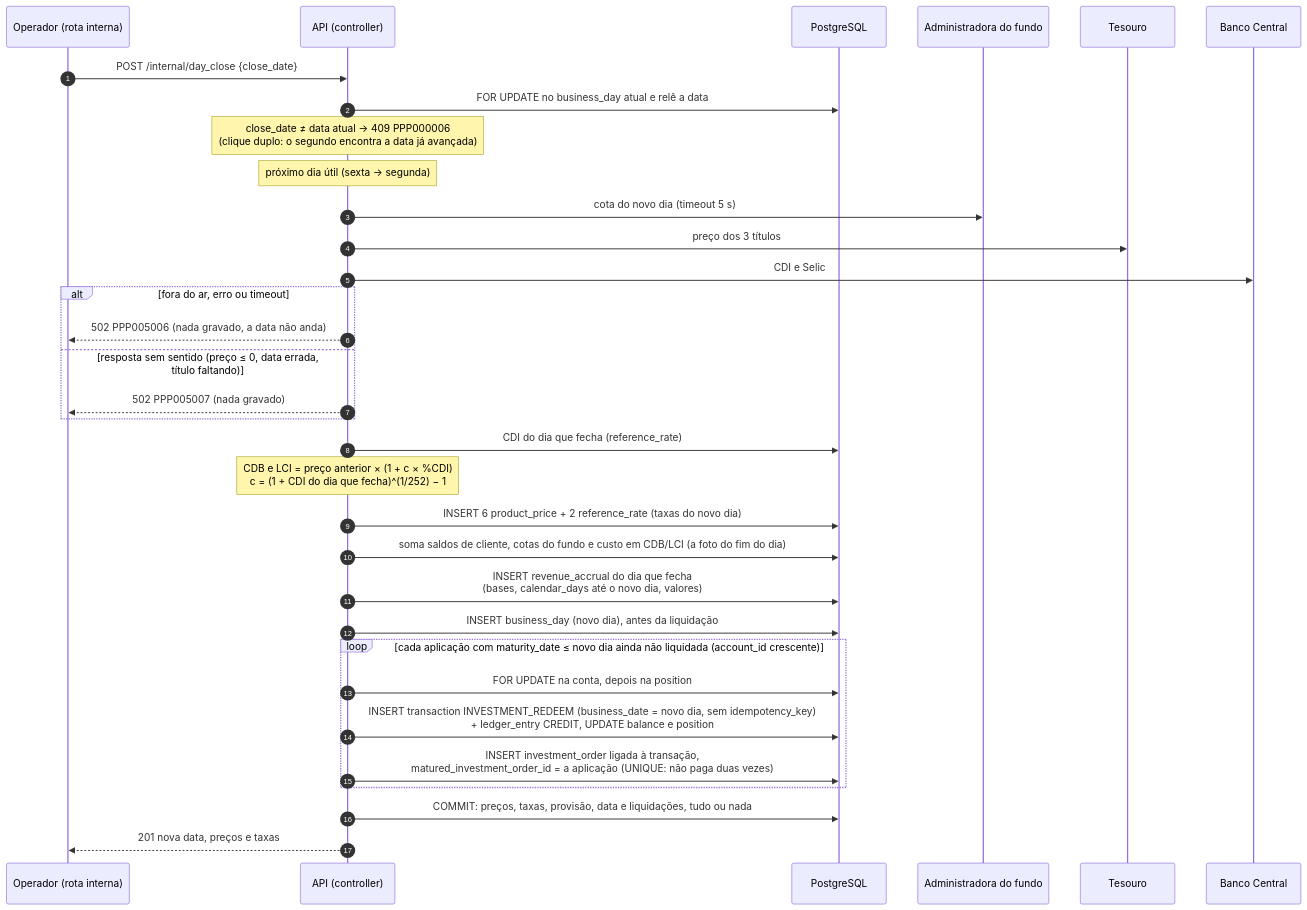
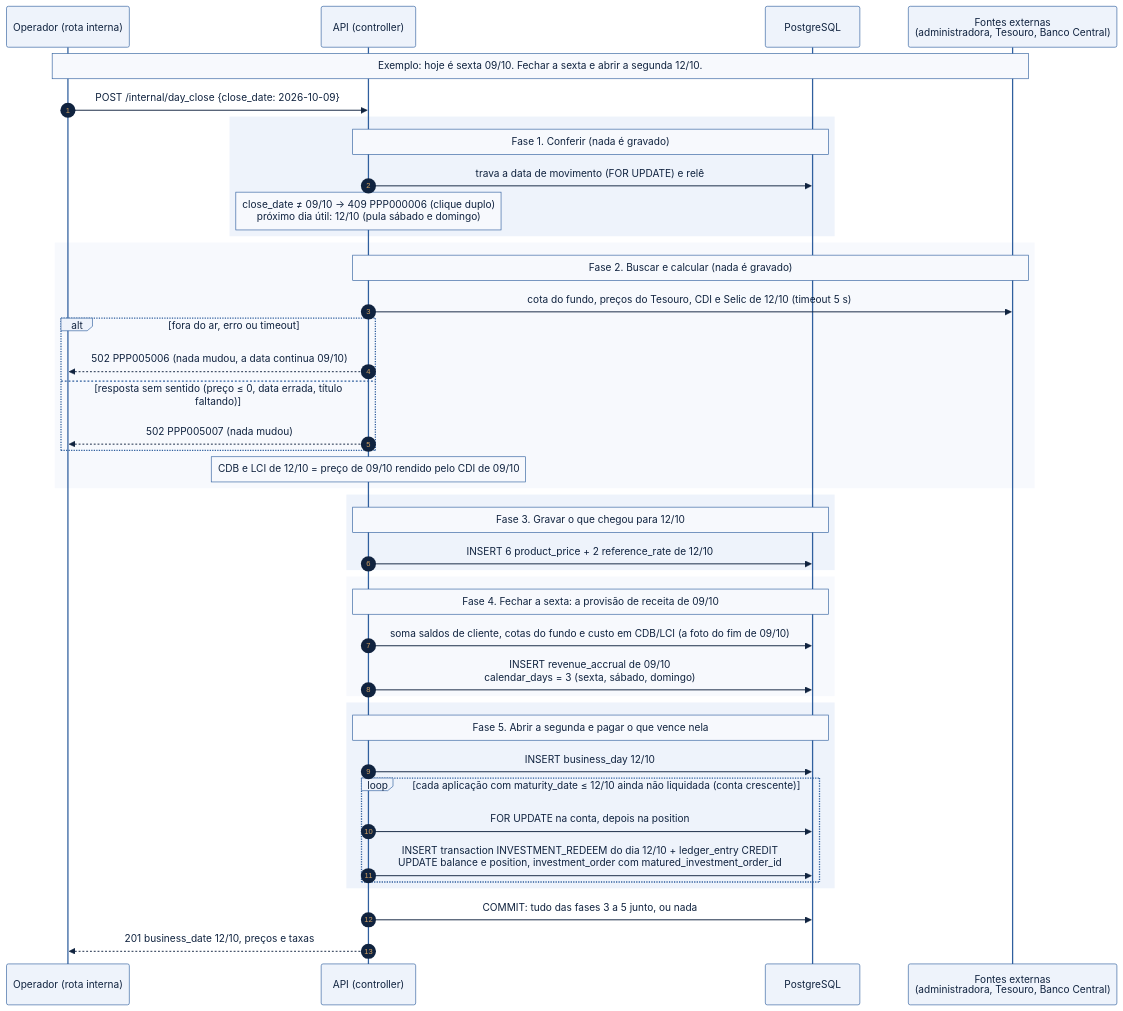
Before and after one commit to heluylucas/bootcamp-qi-tech-presidas-: the diagram in docs/diagramas/fechamento-do-dia.mmd, drawn with Mermaid. The commit also changed 18 other files, not shown here.

Commit message:
:hammer: update: diagrams-blue-theme-&-enum-notation

```diff
--- a/docs/diagramas/fechamento-do-dia.mmd
+++ b/docs/diagramas/fechamento-do-dia.mmd
@@ -1,34 +1,63 @@
+---
+config:
+  theme: base
+  themeVariables:
+    primaryColor: "#eef3fb"
+    primaryBorderColor: "#2f5f9e"
+    primaryTextColor: "#10233f"
+    lineColor: "#2f5f9e"
+    secondaryColor: "#f7f9fd"
+    tertiaryColor: "#ffffff"
+    noteBkgColor: "#f7f9fd"
+    noteBorderColor: "#2f5f9e"
+    noteTextColor: "#10233f"
+---
 sequenceDiagram
     autonumber
     participant O as Operador (rota interna)
     participant API as API (controller)
     participant DB as PostgreSQL
-    participant F as Administradora do fundo
-    participant T as Tesouro
-    participant BC as Banco Central
+    participant Fora as Fontes externas<br/>(administradora, Tesouro, Banco Central)
 
-    O->>API: POST /internal/day_close {close_date}
-    API->>DB: FOR UPDATE no business_day atual e relê a data
-    Note over API: close_date ≠ data atual → 409 PPP000006<br/>(clique duplo: o segundo encontra a data já avançada)
-    Note over API: próximo dia útil (sexta → segunda)
-    API->>F: cota do novo dia (timeout 5 s)
-    API->>T: preço dos 3 títulos
-    API->>BC: CDI e Selic
-    alt fora do ar, erro ou timeout
-        API-->>O: 502 PPP005006 (nada gravado, a data não anda)
-    else resposta sem sentido (preço ≤ 0, data errada, título faltando)
-        API-->>O: 502 PPP005007 (nada gravado)
+    Note over O,Fora: Exemplo: hoje é sexta 09/10. Fechar a sexta e abrir a segunda 12/10.
+    O->>API: POST /internal/day_close {close_date: 2026-10-09}
+
+    rect rgb(238, 243, 251)
+        Note over API,DB: Fase 1. Conferir (nada é gravado)
+        API->>DB: trava a data de movimento (FOR UPDATE) e relê
+        Note over API: close_date ≠ 09/10 → 409 PPP000006 (clique duplo)<br/>próximo dia útil: 12/10 (pula sábado e domingo)
     end
-    API->>DB: CDI do dia que fecha (reference_rate)
-    Note over API: CDB e LCI = preço anterior × (1 + c × %CDI)<br/>c = (1 + CDI do dia que fecha)^(1/252) − 1
-    API->>DB: INSERT 6 product_price + 2 reference_rate (taxas do novo dia)
-    API->>DB: soma saldos de cliente, cotas do fundo e custo em CDB/LCI (a foto do fim do dia)
-    API->>DB: INSERT revenue_accrual do dia que fecha<br/>(bases, calendar_days até o novo dia, valores)
-    API->>DB: INSERT business_day (novo dia), antes da liquidação
-    loop cada aplicação com maturity_date ≤ novo dia ainda não liquidada (account_id crescente)
-        API->>DB: FOR UPDATE na conta, depois na position
-        API->>DB: INSERT transaction INVESTMENT_REDEEM (business_date = novo dia, sem idempotency_key)<br/>+ ledger_entry CREDIT, UPDATE balance e position
-        API->>DB: INSERT investment_order ligada à transação,<br/>matured_investment_order_id = a aplicação (UNIQUE: não paga duas vezes)
+
+    rect rgb(247, 249, 253)
+        Note over API,Fora: Fase 2. Buscar e calcular (nada é gravado)
+        API->>Fora: cota do fundo, preços do Tesouro, CDI e Selic de 12/10 (timeout 5 s)
+        alt fora do ar, erro ou timeout
+            API-->>O: 502 PPP005006 (nada mudou, a data continua 09/10)
+        else resposta sem sentido (preço ≤ 0, data errada, título faltando)
+            API-->>O: 502 PPP005007 (nada mudou)
+        end
+        Note over API: CDB e LCI de 12/10 = preço de 09/10 rendido pelo CDI de 09/10
     end
-    API->>DB: COMMIT: preços, taxas, provisão, data e liquidações, tudo ou nada
-    API-->>O: 201 nova data, preços e taxas
+
+    rect rgb(238, 243, 251)
+        Note over API,DB: Fase 3. Gravar o que chegou para 12/10
+        API->>DB: INSERT 6 product_price + 2 reference_rate de 12/10
+    end
+
+    rect rgb(247, 249, 253)
+        Note over API,DB: Fase 4. Fechar a sexta: a provisão de receita de 09/10
+        API->>DB: soma saldos de cliente, cotas do fundo e custo em CDB/LCI (a foto do fim de 09/10)
+        API->>DB: INSERT revenue_accrual de 09/10<br/>calendar_days = 3 (sexta, sábado, domingo)
+    end
+
+    rect rgb(238, 243, 251)
+        Note over API,DB: Fase 5. Abrir a segunda e pagar o que vence nela
+        API->>DB: INSERT business_day 12/10
+        loop cada aplicação com maturity_date ≤ 12/10 ainda não liquidada (conta crescente)
+            API->>DB: FOR UPDATE na conta, depois na position
+            API->>DB: INSERT transaction INVESTMENT_REDEEM do dia 12/10 + ledger_entry CREDIT<br/>UPDATE balance e position, investment_order com matured_investment_order_id
+        end
+    end
+
+    API->>DB: COMMIT: tudo das fases 3 a 5 junto, ou nada
+    API-->>O: 201 business_date 12/10, preços e taxas
```
